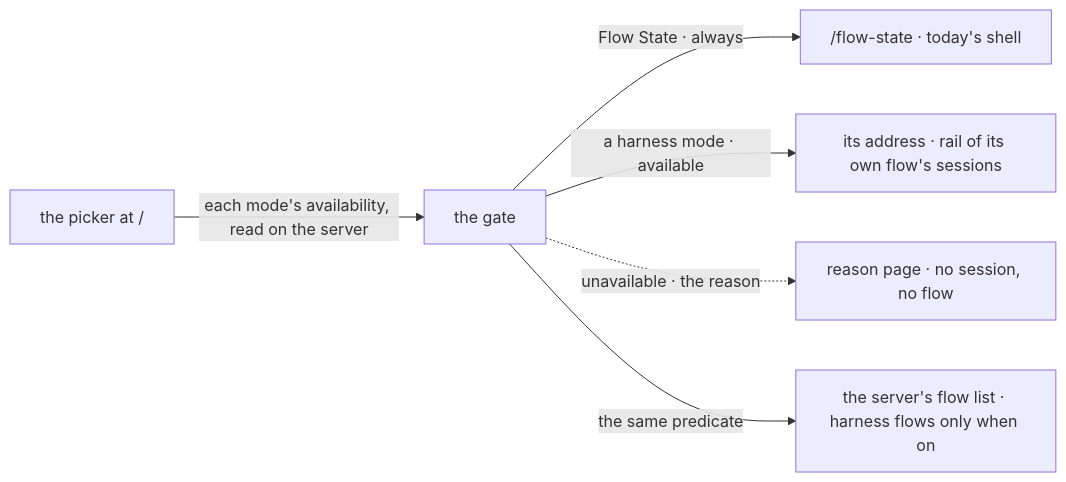
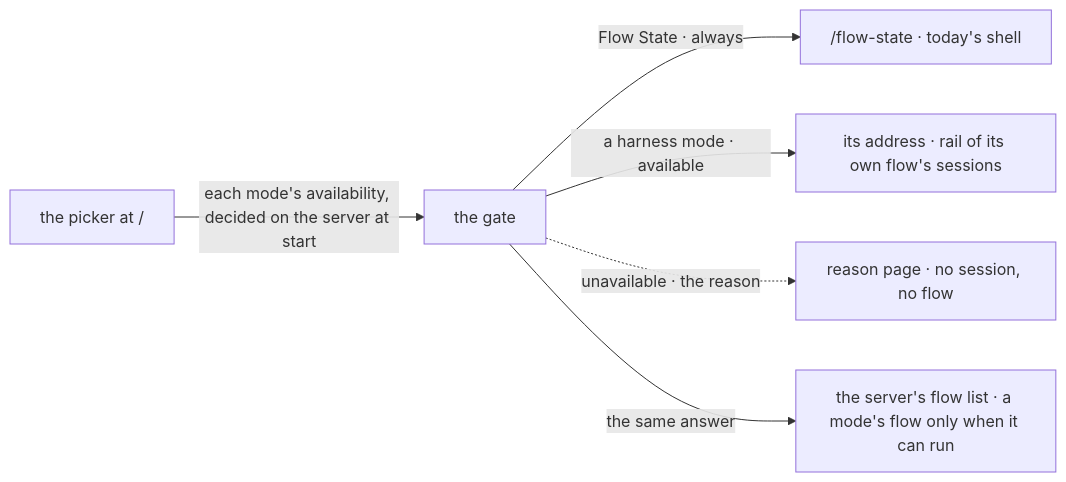
The second of 2 diagrams in specs/issues/FIX-1914/SPEC.md (fixpoint-labs/flow-state-dev), drawn with Mermaid before and after one commit. The commit also changed other lines of this file and 5 other files, not shown here.

````diff
--- a/specs/issues/FIX-1914/SPEC.md
+++ b/specs/issues/FIX-1914/SPEC.md
@@ -74,8 +74,8 @@
 ```mermaid
 flowchart LR
-  P["the picker at /"] -->|"each mode's availability, read on the server"| G["the gate"]
+  P["the picker at /"] -->|"each mode's availability, decided on the server at start"| G["the gate"]
   G -->|"Flow State · always"| FS["/flow-state · today's shell"]
   G -->|"a harness mode · available"| H["its address · rail of its own flow's sessions"]
   G -.->|"unavailable · the reason"| R["reason page · no session, no flow"]
-  G -->|"the same predicate"| CFG["the server's flow list · harness flows only when on"]
+  G -->|"the same answer"| CFG["the server's flow list · a mode's flow only when it can run"]
 ```
````
